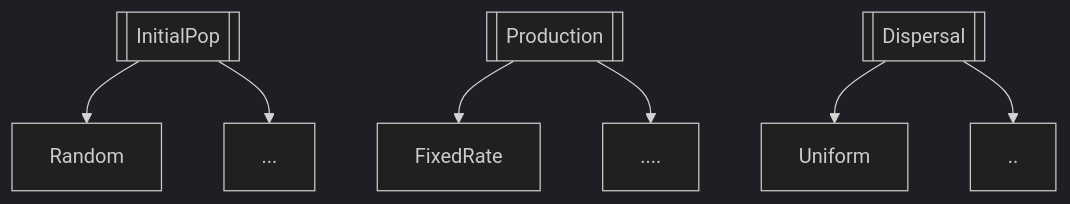
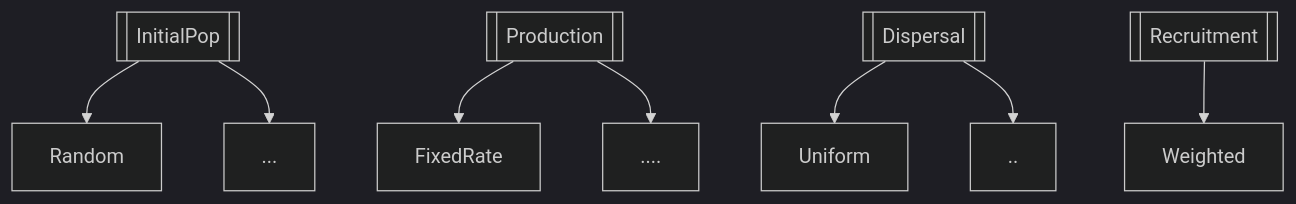
One commit to pymanga/pyMANGA changed the diagram in PopulationLib/Population.md. Above: the diagram before and after it, drawn with Mermaid (dark theme). The commit also changed other lines of this file and 5 other files, not shown here.

````diff
--- a/PopulationLib/Population.md
+++ b/PopulationLib/Population.md
@@ -14,9 +15,10 @@
 ```mermaid
 flowchart TB;
     id1[[InitialPop]]-->Random;
     id1[[InitialPop]]-->...;
     id2[[Production]]-->FixedRate;
     id2[[Production]]-->....;
     id3[[Dispersal]]-->Uniform;
     id3[[Dispersal]]-->..;
+    id4[[Recruitment]]-->Weighted;
 ```
````
